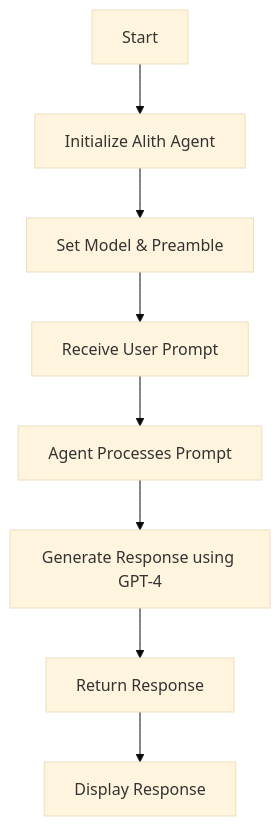
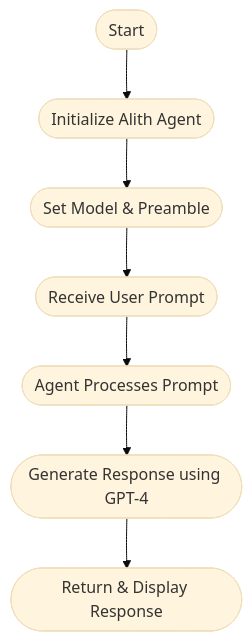
Before and after one commit to vmmunoza/Intro-to-Alith-AI-Framework: the first of 2 diagrams in README.md, drawn with Mermaid (base theme). The commit also changed other lines of this file, not shown here.

````diff
--- a/README.md
+++ b/README.md
@@ -752,10 +151,9 @@
 ```mermaid
 flowchart TD
-    A[Start] --> B[Initialize Alith Agent]
-    B --> C[Set Model & Preamble]
-    C --> D[Receive User Prompt]
-    D --> E[Agent Processes Prompt]
-    E --> F[Generate Response using GPT-4]
-    F --> G[Return Response]
-    G --> H[Display Response]
+    A([Start]) --> B([Initialize Alith Agent])
+    B --> C([Set Model & Preamble])
+    C --> D([Receive User Prompt])
+    D --> E([Agent Processes Prompt])
+    E --> F([Generate Response using GPT-4])
+    F --> G([Return & Display Response])
 ```
````
